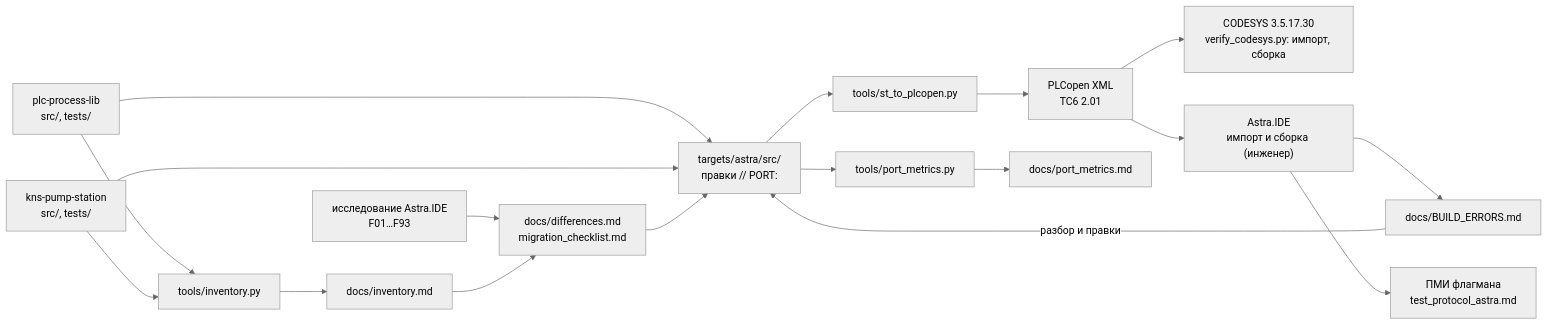
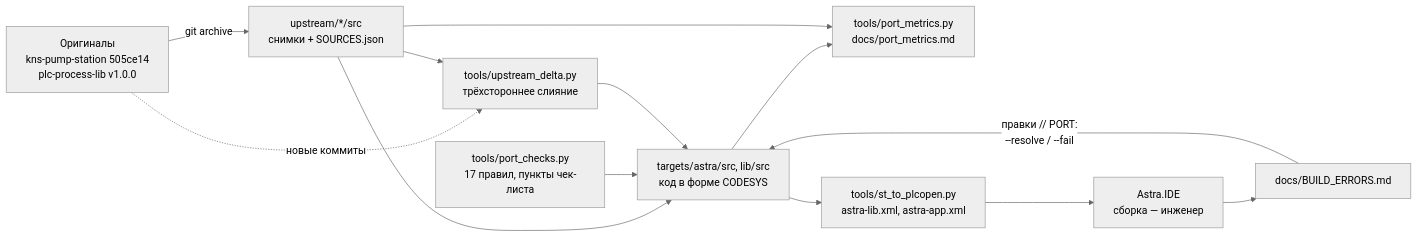
Before and after one commit to kr0nsch/kns-port-domestic: the diagram in README.md, drawn with Mermaid (neutral theme). The commit also changed other lines of this file and 5 other files, not shown here.

````diff
--- a/README.md
+++ b/README.md
@@ -39,16 +208,14 @@
 ```mermaid
 flowchart LR
-    lib["plc-process-lib<br/>src/, tests/"] --> inv["tools/inventory.py"] --> invmd["docs/inventory.md"]
-    kns["kns-pump-station<br/>src/, tests/"] --> inv
-    res["исследование Astra.IDE<br/>F01…F93"] --> diff["docs/differences.md<br/>migration_checklist.md"]
-    invmd --> diff
-    lib --> astra["targets/astra/src/<br/>правки // PORT:"]
-    kns --> astra
-    diff --> astra
-    astra --> conv["tools/st_to_plcopen.py"] --> xml["PLCopen XML<br/>TC6 2.01"]
-    xml --> cds["CODESYS 3.5.17.30<br/>verify_codesys.py: импорт, сборка"]
-    xml --> ide["Astra.IDE<br/>импорт и сборка (инженер)"]
-    ide --> be["docs/BUILD_ERRORS.md"] -- "разбор и правки" --> astra
-    astra --> pm["tools/port_metrics.py"] --> pmmd["docs/port_metrics.md"]
-    ide --> pmi["ПМИ флагмана<br/>test_protocol_astra.md"]
+    orig["Оригиналы<br/>kns-pump-station 505ce14<br/>plc-process-lib v1.0.0"] -- "git archive" --> up["upstream/*/src<br/>снимки + SOURCES.json"]
+    up --> tgt["targets/astra/src, lib/src<br/>код в форме CODESYS"]
+    rules["tools/port_checks.py<br/>17 правил, пункты чек-листа"] --> tgt
+    tgt --> pm["tools/port_metrics.py<br/>docs/port_metrics.md"]
+    up --> pm
+    tgt --> xml["tools/st_to_plcopen.py<br/>astra-lib.xml, astra-app.xml"]
+    xml --> ide["Astra.IDE<br/>сборка — инженер"]
+    ide --> be["docs/BUILD_ERRORS.md"]
+    be -- "правки // PORT:<br/>--resolve / --fail" --> tgt
+    orig -. "новые коммиты" .-> delta["tools/upstream_delta.py<br/>трёхстороннее слияние"]
+    up --> delta --> tgt
 ```
````
